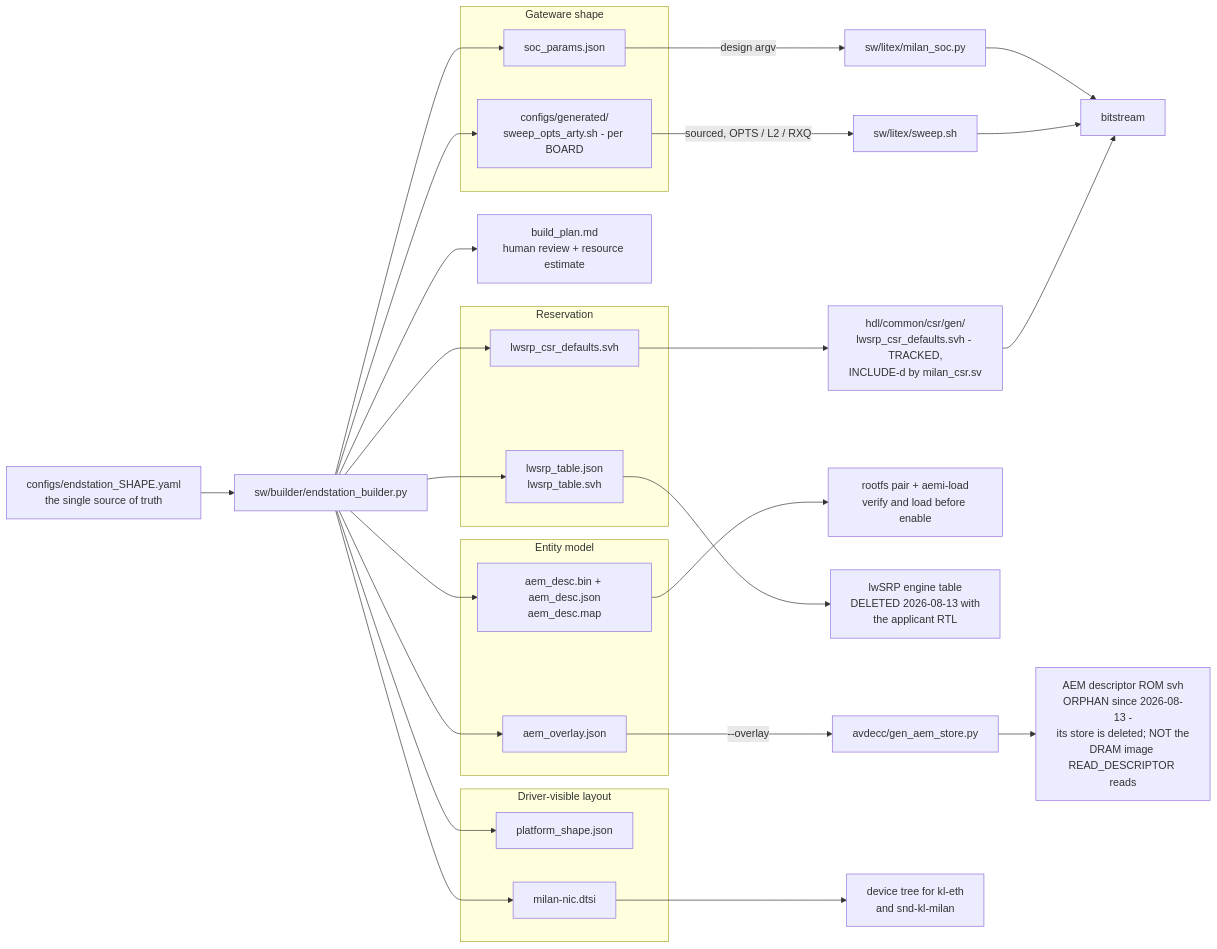
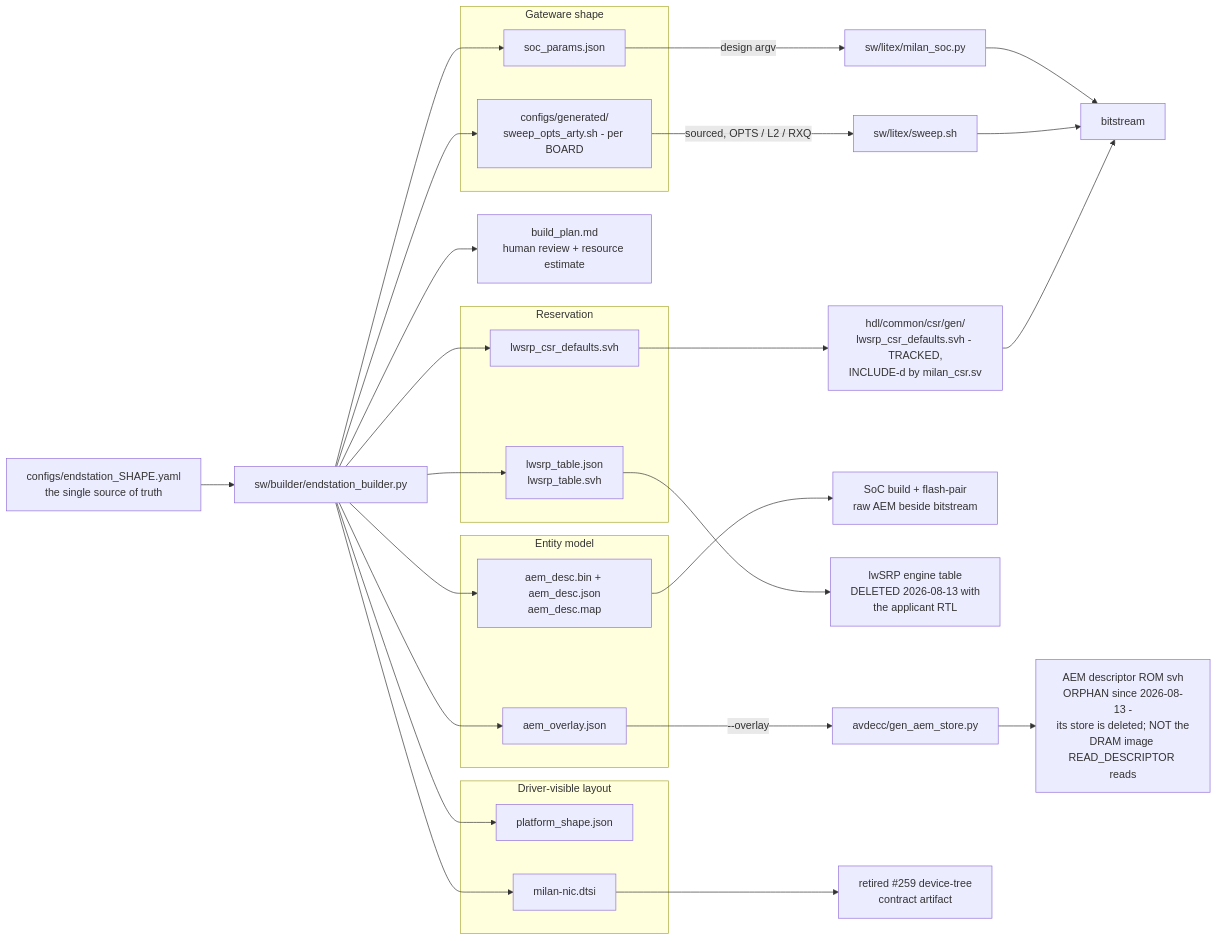
Before and after one commit to kebag-logic/milan-fpga: the diagram in docs/ENDSTATION_BUILDER.md, drawn with Mermaid. The commit also changed other lines of this file and 51 other files, not shown here.

````diff
--- a/docs/ENDSTATION_BUILDER.md
+++ b/docs/ENDSTATION_BUILDER.md
@@ -149,46 +152,46 @@
 ```mermaid
 flowchart LR
     CFG["configs/endstation_SHAPE.yaml<br/>the single source of truth"]
     BLD["sw/builder/endstation_builder.py"]
     CFG --> BLD
 
     subgraph GW["Gateware shape"]
         SOC["soc_params.json"]
         SWP["configs/generated/<br/>sweep_opts_arty.sh - per BOARD"]
     end
     subgraph MODEL["Entity model"]
         OVL["aem_overlay.json"]
         IMG["aem_desc.bin + aem_desc.json<br/>aem_desc.map"]
     end
     subgraph RSV["Reservation"]
         LTJ["lwsrp_table.json<br/>lwsrp_table.svh"]
         LCD["lwsrp_csr_defaults.svh"]
     end
     subgraph HOSTV["Driver-visible layout"]
         PSH["platform_shape.json"]
         DTS["milan-nic.dtsi"]
     end
     PLAN["build_plan.md<br/>human review + resource estimate"]
 
     BLD --> SOC
     BLD --> SWP
     BLD --> OVL
     BLD --> IMG
     BLD --> LTJ
     BLD --> LCD
     BLD --> PSH
     BLD --> DTS
     BLD --> PLAN
 
     SOC -->|"design argv"| MSOC["sw/litex/milan_soc.py"]
     SWP -->|"sourced, OPTS / L2 / RXQ"| SWEEP["sw/litex/sweep.sh"]
     OVL -->|"--overlay"| GEN["avdecc/gen_aem_store.py"]
     GEN --> ROM["AEM descriptor ROM svh<br/>ORPHAN since 2026-08-13 -<br/>its store is deleted; NOT the<br/>DRAM image READ_DESCRIPTOR reads"]
-    IMG --> LOAD["rootfs pair + aemi-load<br/>verify and load before enable"]
+    IMG --> FLASH["SoC build + flash-pair<br/>raw AEM beside bitstream"]
     LTJ --> SRPRTL["lwSRP engine table<br/>DELETED 2026-08-13 with<br/>the applicant RTL"]
     LCD --> CSRINC["hdl/common/csr/gen/<br/>lwsrp_csr_defaults.svh - TRACKED,<br/>INCLUDE-d by milan_csr.sv"]
-    DTS --> DRV["device tree for kl-eth<br/>and snd-kl-milan"]
+    DTS --> DRV["retired #259 device-tree<br/>contract artifact"]
     MSOC --> BIT["bitstream"]
     SWEEP --> BIT
     CSRINC --> BIT
 ```
````
